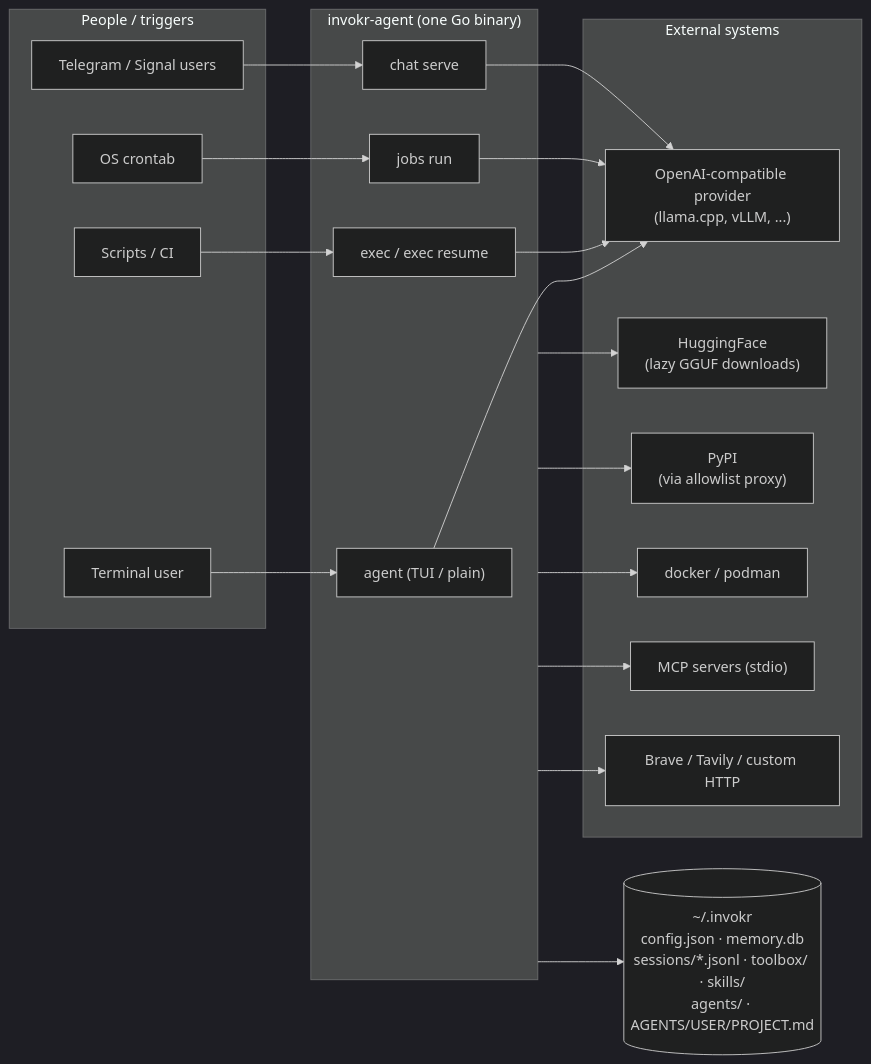
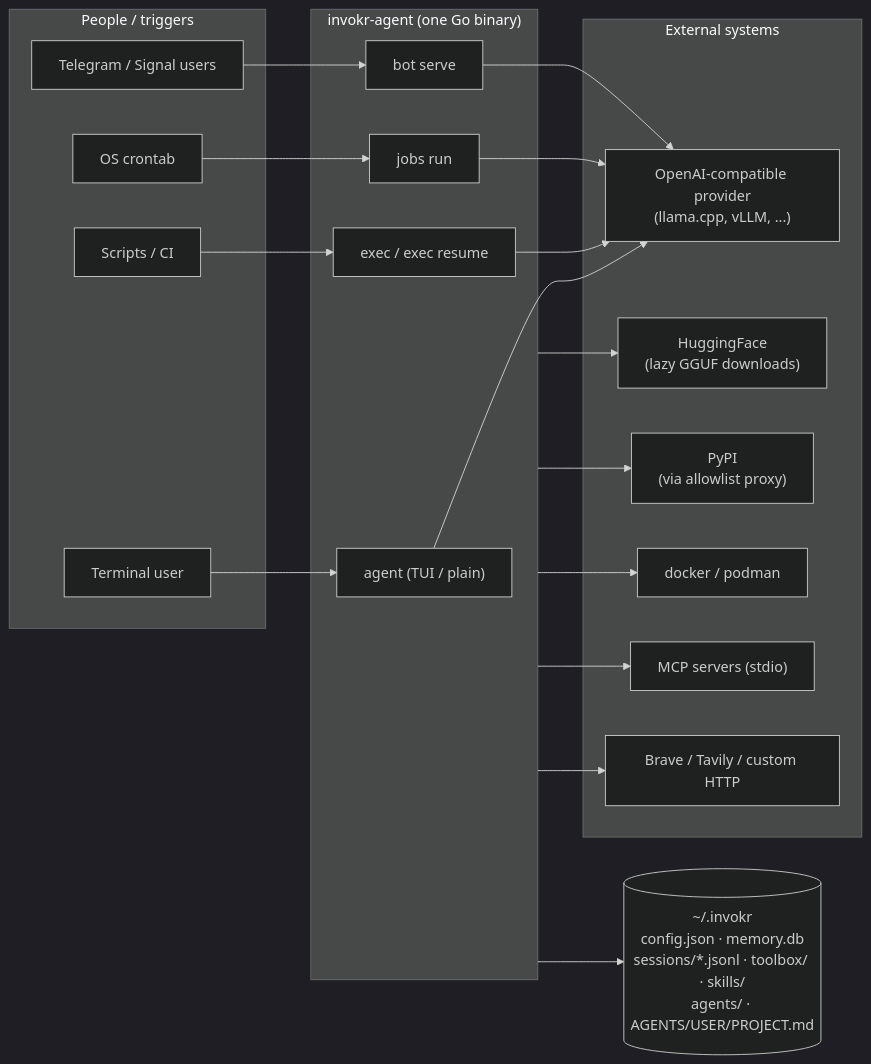
One commit to invokr-agent/invokr changed the first of 10 diagrams in docs/onboarding/16-diagrams.md. Above: the diagram before and after it, drawn with Mermaid (dark theme). The commit also changed 398 other files, not shown here.

````diff
--- a/docs/onboarding/16-diagrams.md
+++ b/docs/onboarding/16-diagrams.md
@@ -12,40 +12,40 @@
 ```mermaid
 flowchart LR
     subgraph users["People / triggers"]
         term["Terminal user"]
         script["Scripts / CI"]
         cron["OS crontab"]
         chat["Telegram / Signal users"]
     end
 
     subgraph invokr["invokr-agent (one Go binary)"]
         tui["agent (TUI / plain)"]
         exec["exec / exec resume"]
         jobsrun["jobs run"]
-        serve["chat serve"]
+        serve["bot serve"]
     end
 
     subgraph external["External systems"]
         llm["OpenAI-compatible provider\n(llama.cpp, vLLM, ...)"]
         hf["HuggingFace\n(lazy GGUF downloads)"]
         pypi["PyPI\n(via allowlist proxy)"]
         docker["docker / podman"]
         mcp["MCP servers (stdio)"]
         search["Brave / Tavily / custom HTTP"]
     end
 
     home[("~/.invokr\nconfig.json · memory.db\nsessions/*.jsonl · toolbox/ · skills/\nagents/ · AGENTS/USER/PROJECT.md")]
 
     term --> tui
     script --> exec
     cron --> jobsrun
     chat --> serve
 
     tui & exec & jobsrun & serve --> llm
     invokr --> home
     invokr --> hf
     invokr --> pypi
     invokr --> docker
     invokr --> mcp
     invokr --> search
 ```
````
